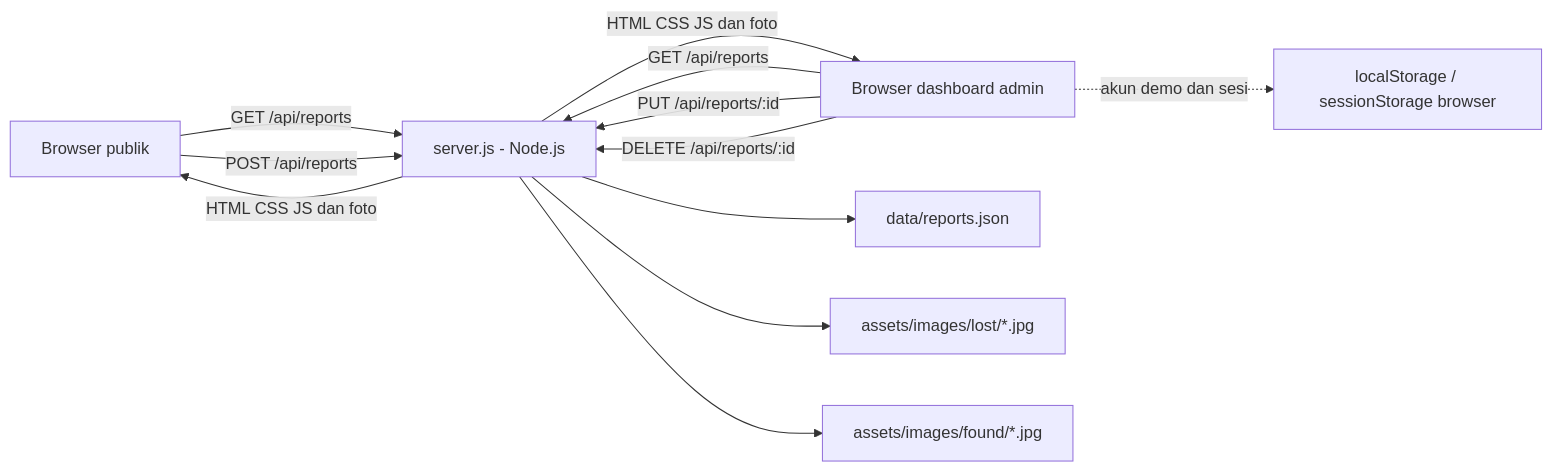
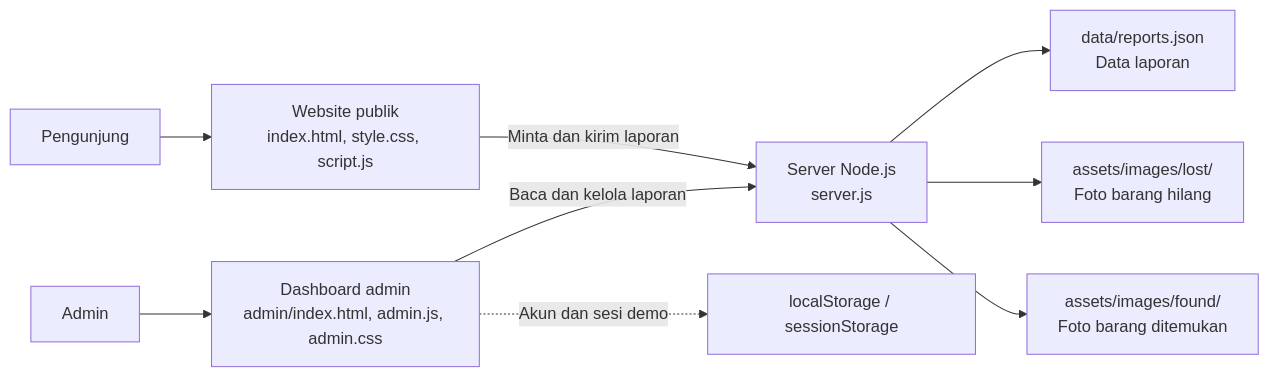
The first of 3 diagrams in docs/SRS.md (155azharr/Lost-Found-Campus-UTS), drawn with Mermaid before and after one commit. The commit also changed other lines of this file, not shown here.

````diff
--- a/docs/SRS.md
+++ b/docs/SRS.md
@@ -54,14 +56,11 @@
 ```mermaid
 flowchart LR
-    P[Browser publik] -->|GET /api/reports| S[server.js - Node.js]
-    P -->|POST /api/reports| S
-    A[Browser dashboard admin] -->|GET /api/reports| S
-    A -->|PUT /api/reports/:id| S
-    A -->|DELETE /api/reports/:id| S
-    S --> J[data/reports.json]
-    S --> L[assets/images/lost/*.jpg]
-    S --> F[assets/images/found/*.jpg]
-    S -->|HTML CSS JS dan foto| P
-    S -->|HTML CSS JS dan foto| A
-    A -.->|akun demo dan sesi| B[localStorage / sessionStorage browser]
+  V[Pengunjung] --> PUB[Website publik<br/>index.html, style.css, script.js]
+  U[Admin] --> ADM[Dashboard admin<br/>admin/index.html, admin.js, admin.css]
+  PUB -->|Minta dan kirim laporan| API[Server Node.js<br/>server.js]
+  ADM -->|Baca dan kelola laporan| API
+  API --> DB[data/reports.json<br/>Data laporan]
+  API --> LOST[assets/images/lost/<br/>Foto barang hilang]
+  API --> FOUND[assets/images/found/<br/>Foto barang ditemukan]
+  ADM -.->|Akun dan sesi demo| BROWSER[localStorage / sessionStorage]
 ```
````
